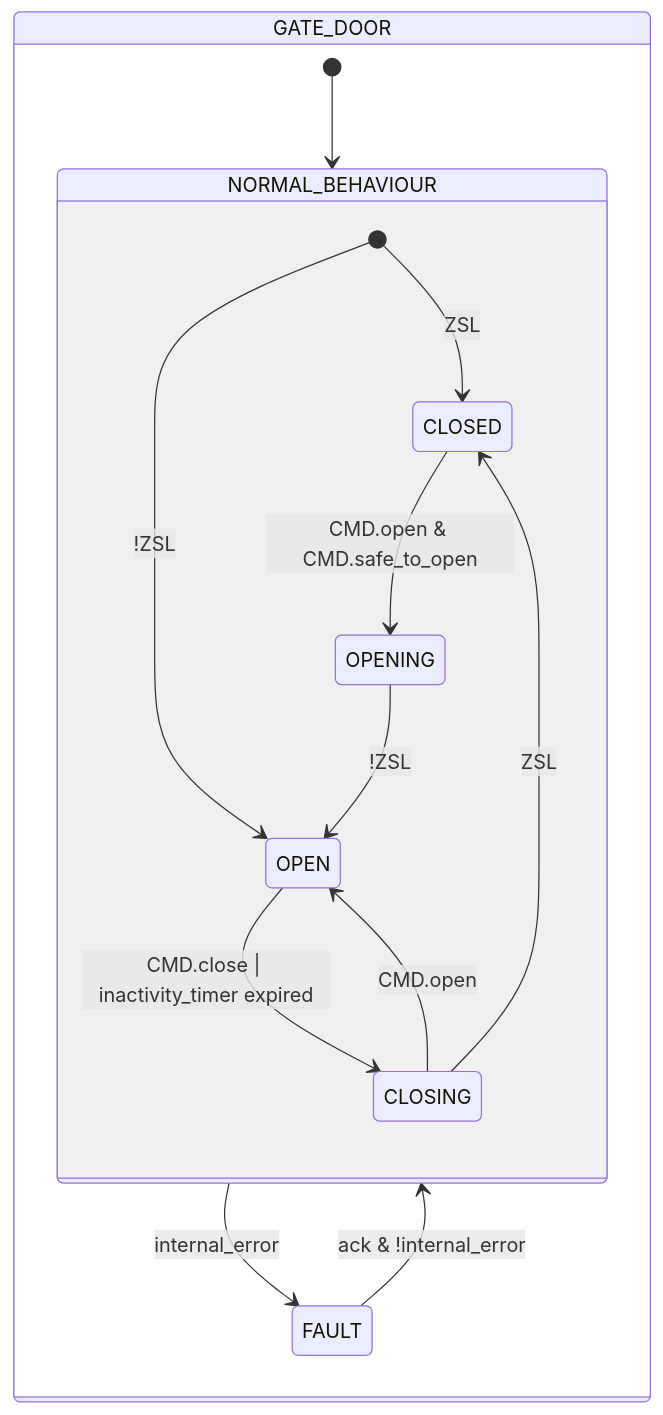
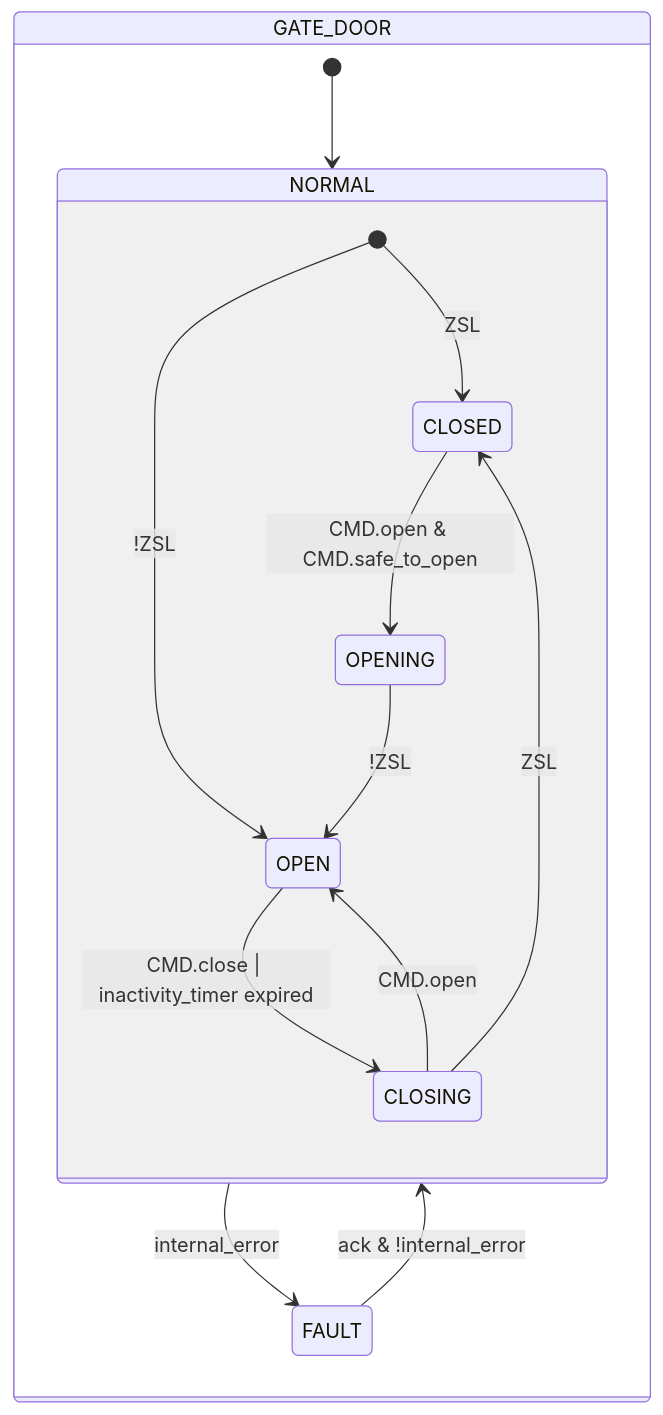
Before and after one commit to AleFire99/TIA_knowledge: the second of 2 diagrams in docs/en/library/access/gate/index.md, drawn with Mermaid. The commit also changed other lines of this file and 17 other files, not shown here.

````diff
--- a/docs/en/library/access/gate/index.md
+++ b/docs/en/library/access/gate/index.md
@@ -97,18 +97,18 @@
 ```mermaid
 stateDiagram-v2
 state GATE_DOOR {
-    [*] --> NORMAL_BEHAVIOUR
-    state NORMAL_BEHAVIOUR {
+    [*] --> NORMAL
+    state NORMAL {
         [*] --> CLOSED : ZSL
         [*] --> OPEN : !ZSL
 
         CLOSED --> OPENING : CMD.open & CMD.safe_to_open
         OPENING --> OPEN : !ZSL
         OPEN --> CLOSING : CMD.close | inactivity_timer expired
         CLOSING --> OPEN : CMD.open
         CLOSING --> CLOSED : ZSL
     }
-    NORMAL_BEHAVIOUR --> FAULT : internal_error
-    FAULT --> NORMAL_BEHAVIOUR : ack & !internal_error
+    NORMAL --> FAULT : internal_error
+    FAULT --> NORMAL : ack & !internal_error
 }
 ```
````
